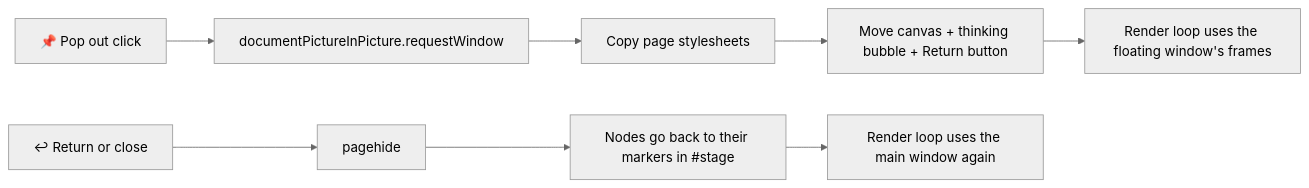
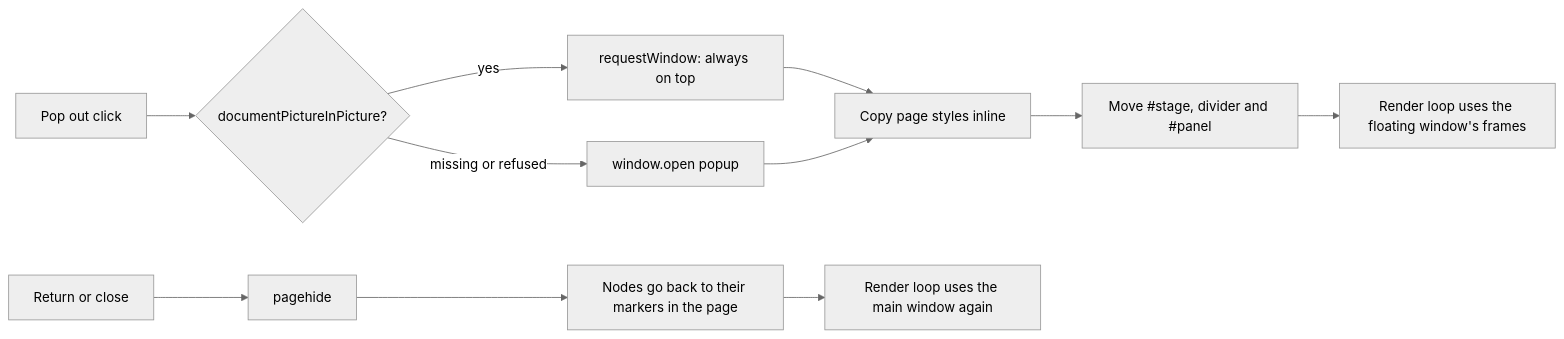
Before and after one commit to arctic-cheetah/AI-Avatar-PMX-MMD: the diagram in docs/pop-out-window.md, drawn with Mermaid (neutral theme). The commit also changed other lines of this file and 1 other file, not shown here.

Commit message:
docs: Firefox popup fallback and the pop-out side panel (#52)

````diff
--- a/docs/pop-out-window.md
+++ b/docs/pop-out-window.md
@@ -23,10 +27,13 @@
 ```mermaid
 flowchart LR
-    B[📌 Pop out click] --> R[documentPictureInPicture.requestWindow]
-    R --> S[Copy page stylesheets]
-    S --> M[Move canvas + thinking bubble + Return button]
+    B[Pop out click] --> P{documentPictureInPicture?}
+    P -->|yes| R[requestWindow: always on top]
+    P -->|missing or refused| W[window.open popup]
+    R --> S[Copy page styles inline]
+    W --> S
+    S --> M[Move #stage, divider and #panel]
     M --> L[Render loop uses the floating window's frames]
-    X[↩ Return or close] --> H[pagehide]
-    H --> P[Nodes go back to their markers in #stage]
-    P --> L2[Render loop uses the main window again]
+    X[Return or close] --> H[pagehide]
+    H --> N[Nodes go back to their markers in the page]
+    N --> L2[Render loop uses the main window again]
 ```
````
